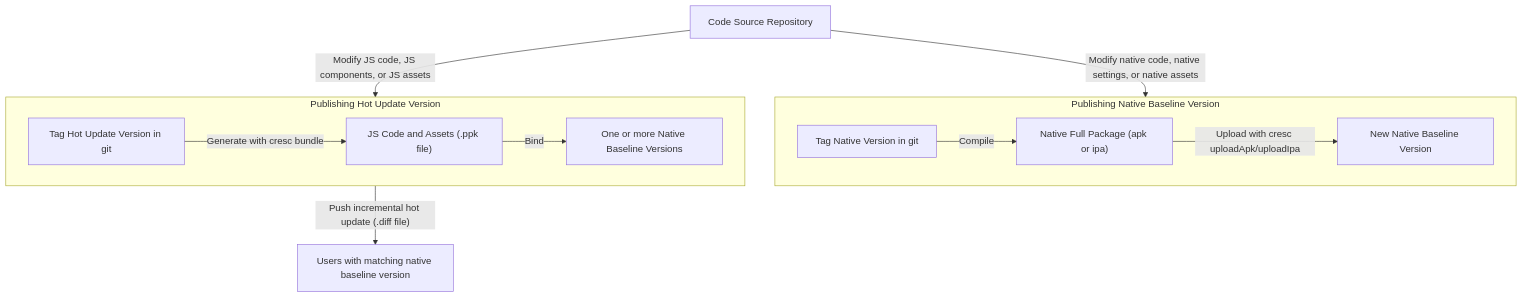
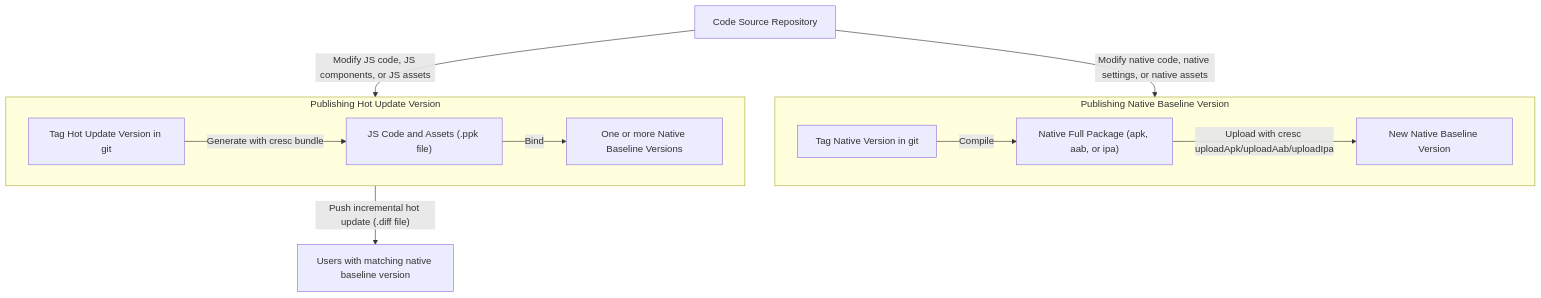
Before and after one commit to cresc-dev/cresc-site: the diagram in site/pages/docs/publish.mdx, drawn with Mermaid. The commit also changed other lines of this file and 1 other file, not shown here.

````diff
--- a/site/pages/docs/publish.mdx
+++ b/site/pages/docs/publish.mdx
@@ -9,25 +9,25 @@
 ```mermaid
 flowchart TD
     codebase["Code Source Repository"]
     user["Users with matching native baseline version"]
 
     subgraph nativeRelease["Publishing Native Baseline Version"]
     tagNativeVersion["Tag Native Version in git"]
-    nativePackage["Native Full Package (apk or ipa)"]
+    nativePackage["Native Full Package (apk, aab, or ipa)"]
     newNativeVersion["New Native Baseline Version"]
     tagNativeVersion -->|"Compile"| nativePackage
-    nativePackage -->|"Upload with cresc uploadApk/uploadIpa"| newNativeVersion
+    nativePackage -->|"Upload with cresc uploadApk/uploadAab/uploadIpa"| newNativeVersion
     end
 
     subgraph hotUpdateRelease["Publishing Hot Update Version"]
     tagBundleVersion["Tag Hot Update Version in git"]
     bundlePackage["JS Code and Assets (.ppk file)"]
     someNativeVersions["One or more Native Baseline Versions"]
     tagBundleVersion -->|"Generate with cresc bundle"| bundlePackage
     bundlePackage -->|"Bind"| someNativeVersions
     end
 
     codebase -->|"Modify JS code, JS components, or JS assets"| hotUpdateRelease
     codebase -->|"Modify native code, native settings, or native assets"| nativeRelease
     hotUpdateRelease -->|"Push incremental hot update (.diff file)"| user
 ```
````
